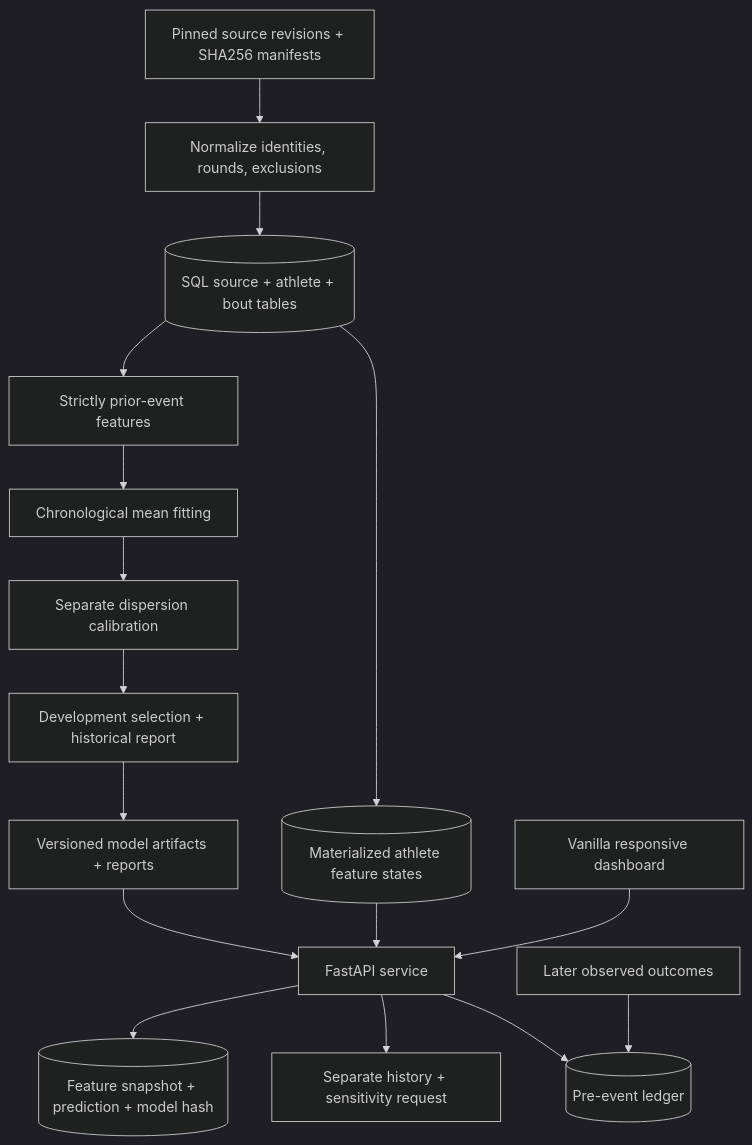
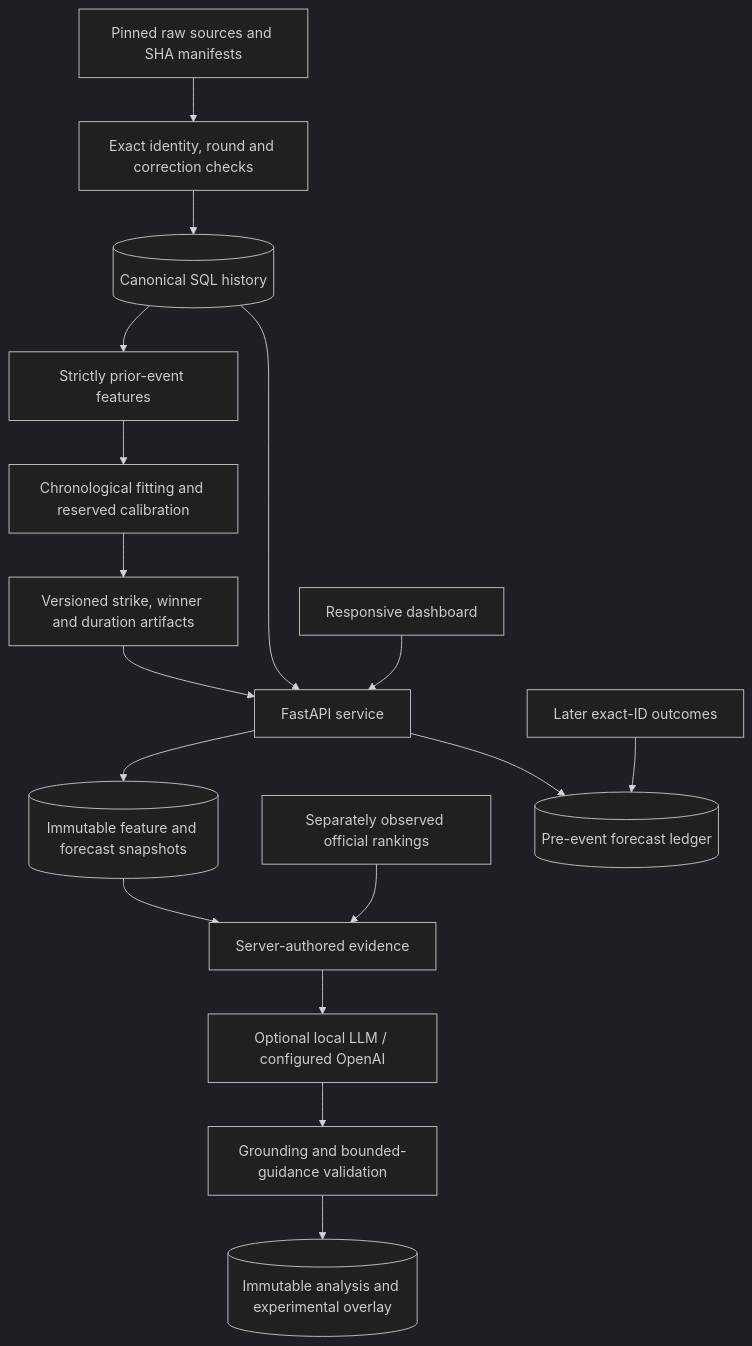
Before and after one commit to jas0nriverah/OctogonML: the diagram in docs/ENGINEERING.md, drawn with Mermaid (dark theme). The commit also changed other lines of this file and 102 other files, not shown here.

Commit message:
Add enriched UFC outcome models and grounded local AI analysis

````diff
--- a/docs/ENGINEERING.md
+++ b/docs/ENGINEERING.md
@@ -5,18 +5,19 @@
 ```mermaid
 flowchart TD
-  Raw[Pinned source revisions + SHA256 manifests] --> Ingest[Normalize identities, rounds, exclusions]
-  Ingest --> SQL[(SQL source + athlete + bout tables)]
-  SQL --> Features[Strictly prior-event features]
-  Features --> Fit[Chronological mean fitting]
-  Fit --> Cal[Separate dispersion calibration]
-  Cal --> Eval[Development selection + historical report]
-  Eval --> Artifacts[Versioned model artifacts + reports]
-  SQL --> States[(Materialized athlete feature states)]
+  Raw[Pinned raw sources and SHA manifests] --> Validate[Exact identity, round and correction checks]
+  Validate --> SQL[(Canonical SQL history)]
+  SQL --> History[Strictly prior-event features]
+  History --> Train[Chronological fitting and reserved calibration]
+  Train --> Artifacts[Versioned strike, winner and duration artifacts]
   Artifacts --> API[FastAPI service]
-  States --> API
-  Browser[Vanilla responsive dashboard] --> API
-  API --> Audit[(Feature snapshot + prediction + model hash)]
-  API --> Context[Separate history + sensitivity request]
-  API --> Forward[(Pre-event ledger)]
-  Outcomes[Later observed outcomes] --> Forward
+  SQL --> API
+  API --> Predictions[(Immutable feature and forecast snapshots)]
+  Browser[Responsive dashboard] --> API
+  Predictions --> Facts[Server-authored evidence]
+  Rankings[Separately observed official rankings] --> Facts
+  Facts --> LLM[Optional local LLM / configured OpenAI]
+  LLM --> Guard[Grounding and bounded-guidance validation]
+  Guard --> Analyses[(Immutable analysis and experimental overlay)]
+  API --> Ledger[(Pre-event forecast ledger)]
+  Outcomes[Later exact-ID outcomes] --> Ledger
 ```
````
